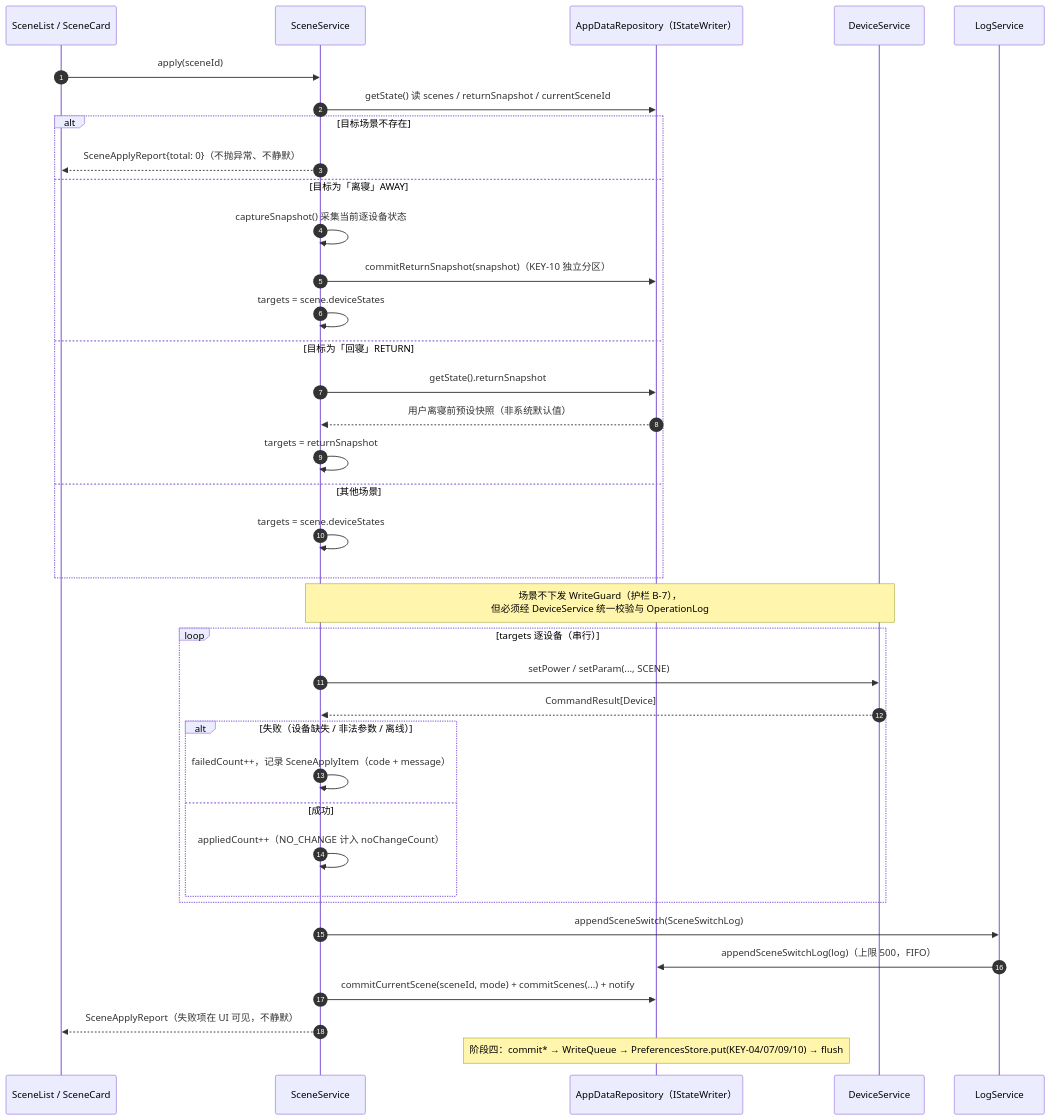
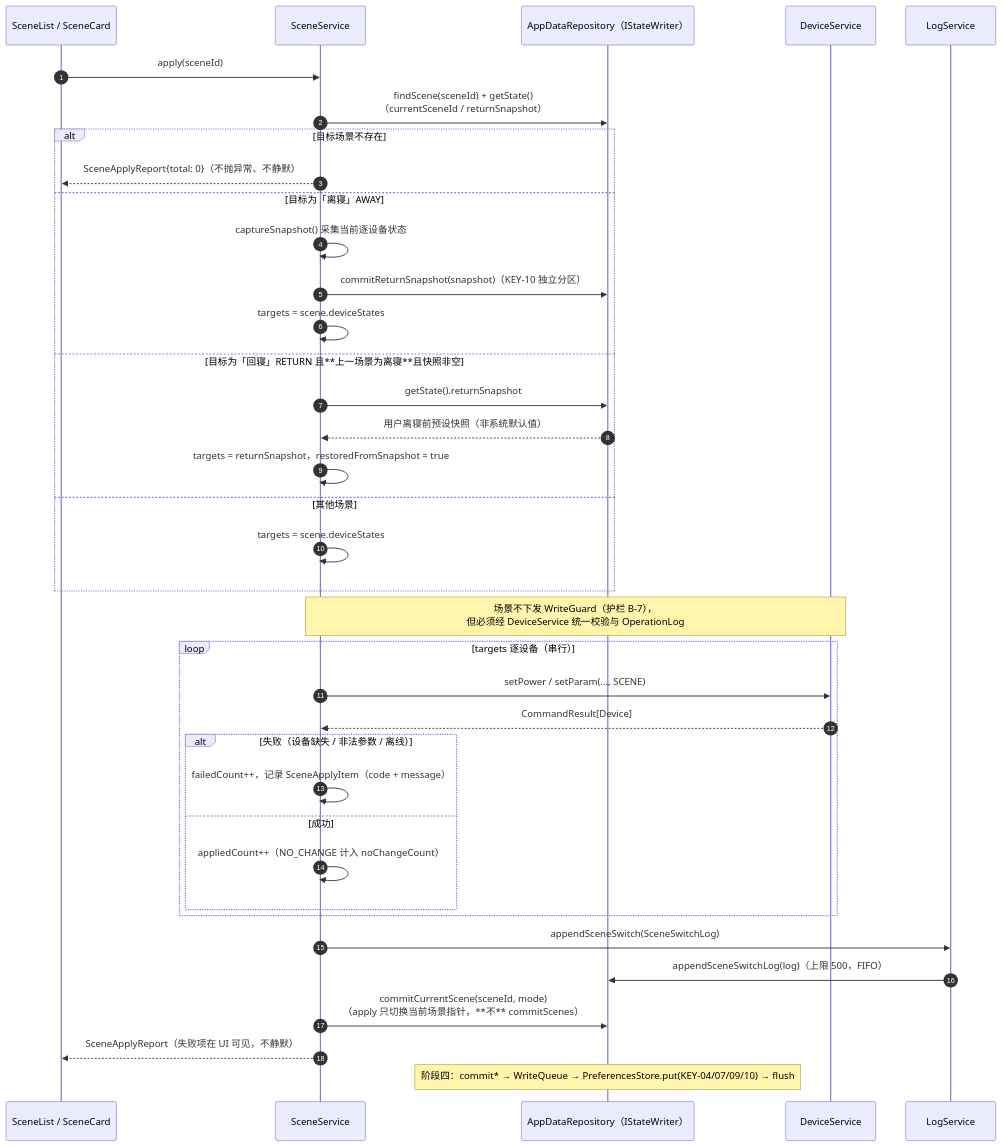
The sixth of 6 diagrams in design/系统架构设计.md (Yu-qiamWei/SmartDorm-HarmonyOS), drawn with Mermaid before and after one commit. The commit also changed other lines of this file and 2 other files, not shown here.

````diff
--- a/design/系统架构设计.md
+++ b/design/系统架构设计.md
@@ -2039,41 +2154,41 @@
 ```mermaid
 %% 本图与 design/sequence-diagram.mermaid 中 FLOW-04 逐行一致（V1.0.3）
 sequenceDiagram
     autonumber
     participant UI as SceneList / SceneCard
     participant SS as SceneService
     participant REPO as AppDataRepository（IStateWriter）
     participant DS as DeviceService
     participant LS as LogService
 
     UI->>SS: apply(sceneId)
-    SS->>REPO: getState() 读 scenes / returnSnapshot / currentSceneId
+    SS->>REPO: findScene(sceneId) + getState()<br/>（currentSceneId / returnSnapshot）
     alt 目标场景不存在
         SS-->>UI: SceneApplyReport{total: 0}（不抛异常、不静默）
     else 目标为「离寝」AWAY
         SS->>SS: captureSnapshot() 采集当前逐设备状态
         SS->>REPO: commitReturnSnapshot(snapshot)（KEY-10 独立分区）
         SS->>SS: targets = scene.deviceStates
-    else 目标为「回寝」RETURN
+    else 目标为「回寝」RETURN 且**上一场景为离寝**且快照非空
         SS->>REPO: getState().returnSnapshot
         REPO-->>SS: 用户离寝前预设快照（非系统默认值）
-        SS->>SS: targets = returnSnapshot
+        SS->>SS: targets = returnSnapshot，restoredFromSnapshot = true
     else 其他场景
         SS->>SS: targets = scene.deviceStates
     end
     Note over SS,DS: 场景不下发 WriteGuard（护栏 B-7），<br/>但必须经 DeviceService 统一校验与 OperationLog
     loop targets 逐设备（串行）
         SS->>DS: setPower / setParam(..., SCENE)
         DS-->>SS: CommandResult[Device]
         alt 失败（设备缺失 / 非法参数 / 离线）
             SS->>SS: failedCount++，记录 SceneApplyItem（code + message）
         else 成功
             SS->>SS: appliedCount++（NO_CHANGE 计入 noChangeCount）
         end
     end
     SS->>LS: appendSceneSwitch(SceneSwitchLog)
     LS->>REPO: appendSceneSwitchLog(log)（上限 500，FIFO）
-    SS->>REPO: commitCurrentScene(sceneId, mode) + commitScenes(...) + notify
+    SS->>REPO: commitCurrentScene(sceneId, mode)<br/>（apply 只切换当前场景指针，**不** commitScenes）
     SS-->>UI: SceneApplyReport（失败项在 UI 可见，不静默）
     Note over REPO: 阶段四：commit* → WriteQueue → PreferencesStore.put(KEY-04/07/09/10) → flush
 ```
````
